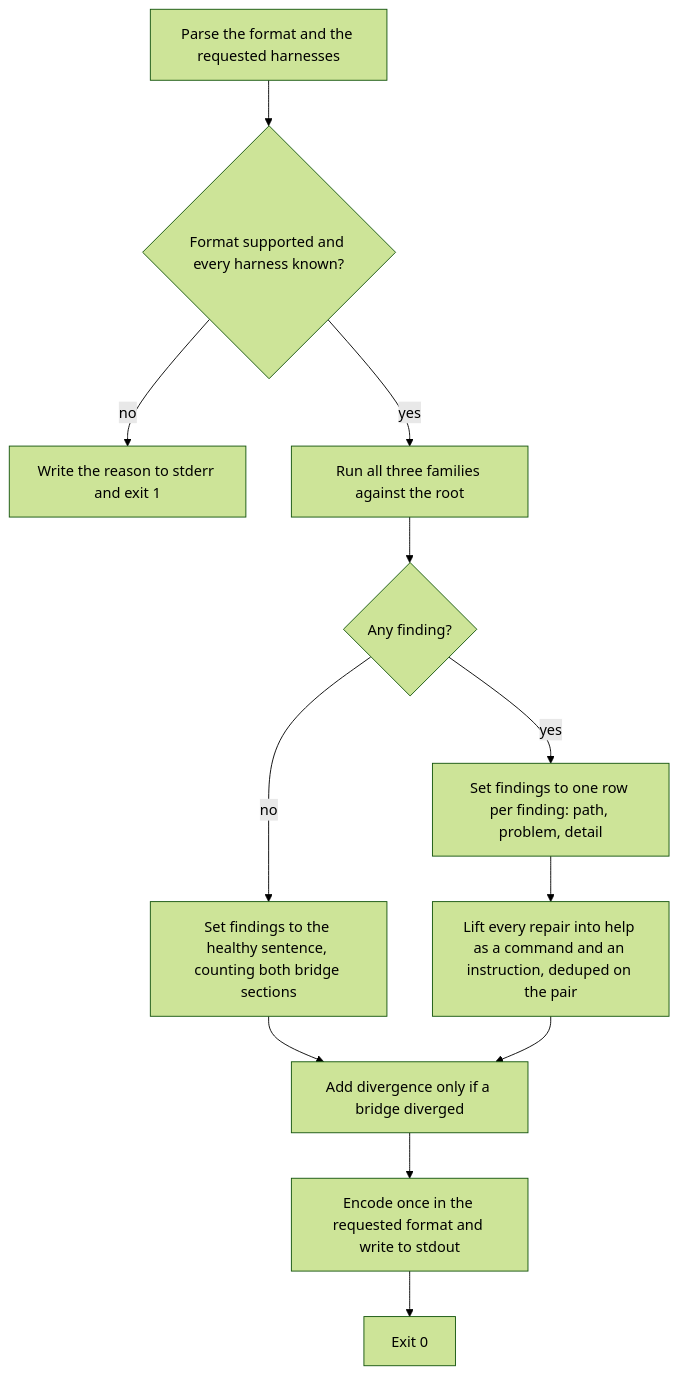
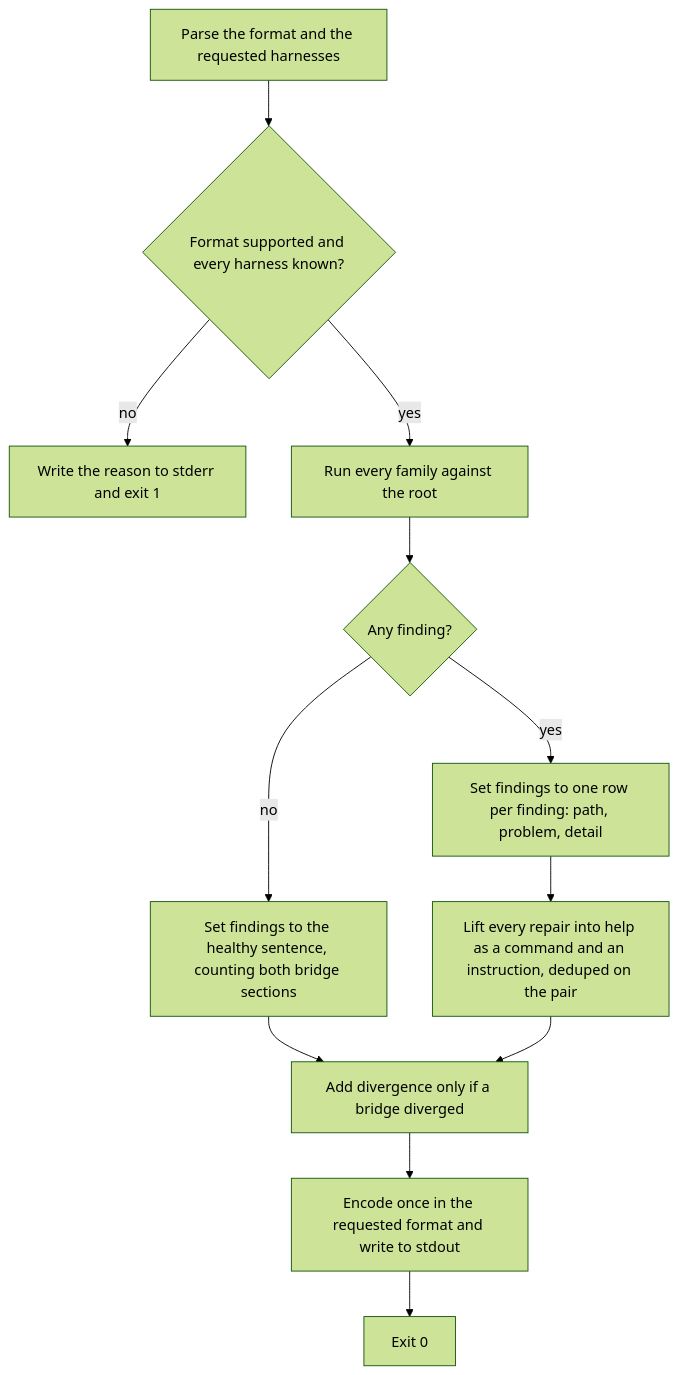
The diagram in packages/buddy-agent-harness/.agents/spec/cli/diagnosis-report/README.md (repobuddy/buddy-agent-harness), drawn with Mermaid (forest theme) before and after one commit. The commit also changed other lines of this file and 5 other files, not shown here.

````diff
--- a/packages/buddy-agent-harness/.agents/spec/cli/diagnosis-report/README.md
+++ b/packages/buddy-agent-harness/.agents/spec/cli/diagnosis-report/README.md
@@ -97,14 +99,14 @@
 ```mermaid
 flowchart TD
   A[Parse the format and the requested harnesses] --> B{Format supported and every harness known?}
   B -->|no| C[Write the reason to stderr and exit 1]
-  B -->|yes| D[Run all three families against the root]
+  B -->|yes| D[Run every family against the root]
   D --> E{Any finding?}
   E -->|no| F[Set findings to the healthy sentence, counting both bridge sections]
   E -->|yes| G[Set findings to one row per finding: path, problem, detail]
   G --> H[Lift every repair into help as a command and an instruction, deduped on the pair]
   F --> I[Add divergence only if a bridge diverged]
   H --> I
   I --> J[Encode once in the requested format and write to stdout]
   J --> K[Exit 0]
 ```
````
